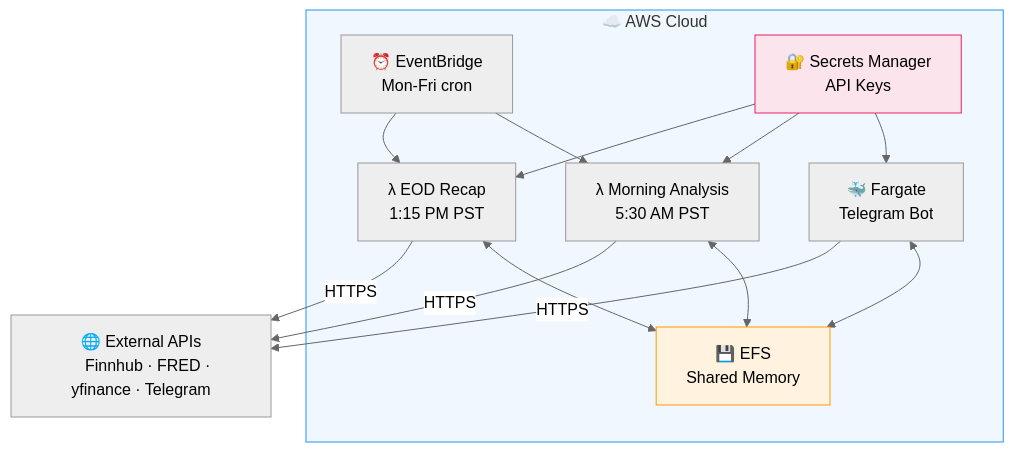
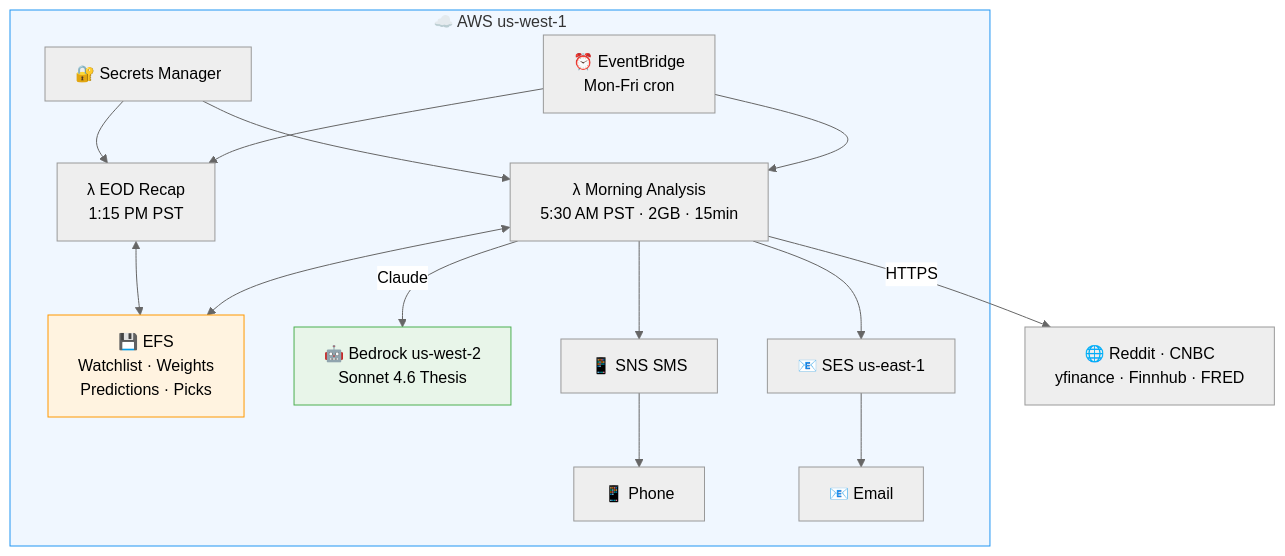
Before and after one commit to ramuponugumati/openclaw-market-intel: the second of 2 diagrams in README.md, drawn with Mermaid (neutral theme). The commit also changed other lines of this file, not shown here.

Commit message:
Update README: new architecture diagrams with Reddit/CNBC/Bedrock/prediction tracker, updated scoring weights, AWS deployment docs

````diff
--- a/README.md
+++ b/README.md
@@ -149,25 +142,28 @@
 ```mermaid
 flowchart TB
-    subgraph AWS["☁️ AWS Cloud"]
+    subgraph AWS["☁️ AWS us-west-1"]
         EB["⏰ EventBridge
         Mon-Fri cron"] --> L1["λ Morning Analysis
-        5:30 AM PST"] & L2["λ EOD Recap
+        5:30 AM PST · 2GB · 15min"] & L2["λ EOD Recap
         1:15 PM PST"]
-        
+
         L1 & L2 <--> EFS["💾 EFS
-        Shared Memory"]
-        
-        F["🐳 Fargate
-        Telegram Bot"] <--> EFS
-        
-        SM["🔐 Secrets Manager
-        API Keys"] --> F & L1 & L2
+        Watchlist · Weights
+        Predictions · Picks"]
+
+        L1 -->|Claude| BED["🤖 Bedrock us-west-2
+        Sonnet 4.6 Thesis"]
+
+        SM["🔐 Secrets Manager"] --> L1 & L2
+        SNS["📱 SNS SMS"] --> PHONE["📱 Phone"]
+        SES["📧 SES us-east-1"] --> EMAIL["📧 Email"]
+        L1 --> SNS & SES
     end
 
-    F & L1 & L2 -->|HTTPS| API["🌐 External APIs
-    Finnhub · FRED · yfinance · Telegram"]
+    L1 -->|HTTPS| EXT["🌐 Reddit · CNBC
+    yfinance · Finnhub · FRED"]
 
     style AWS fill:#f0f7ff,stroke:#2196F3
     style EFS fill:#fff3e0,stroke:#FF9800
-    style SM fill:#fce4ec,stroke:#E91E63
+    style BED fill:#e8f5e9,stroke:#4CAF50
 ```
````
